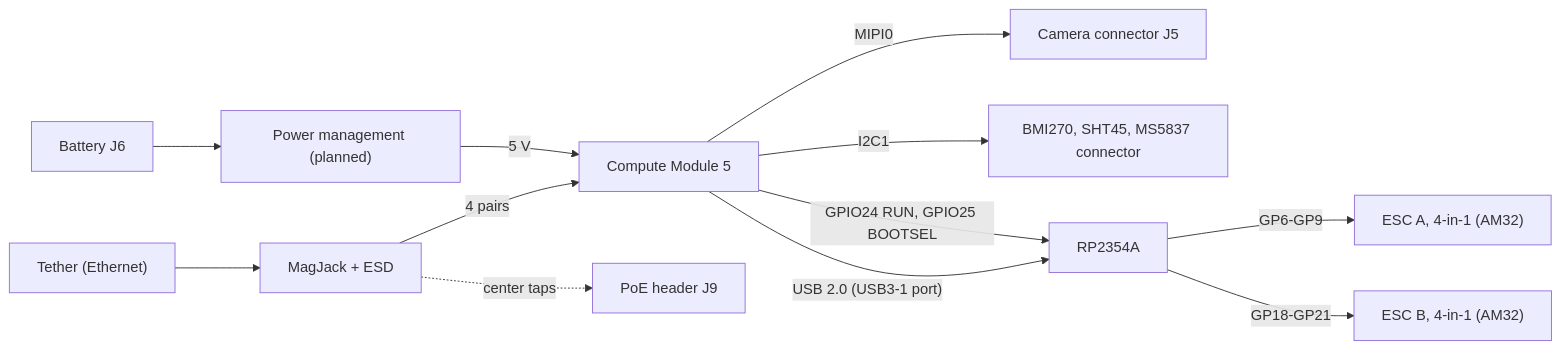
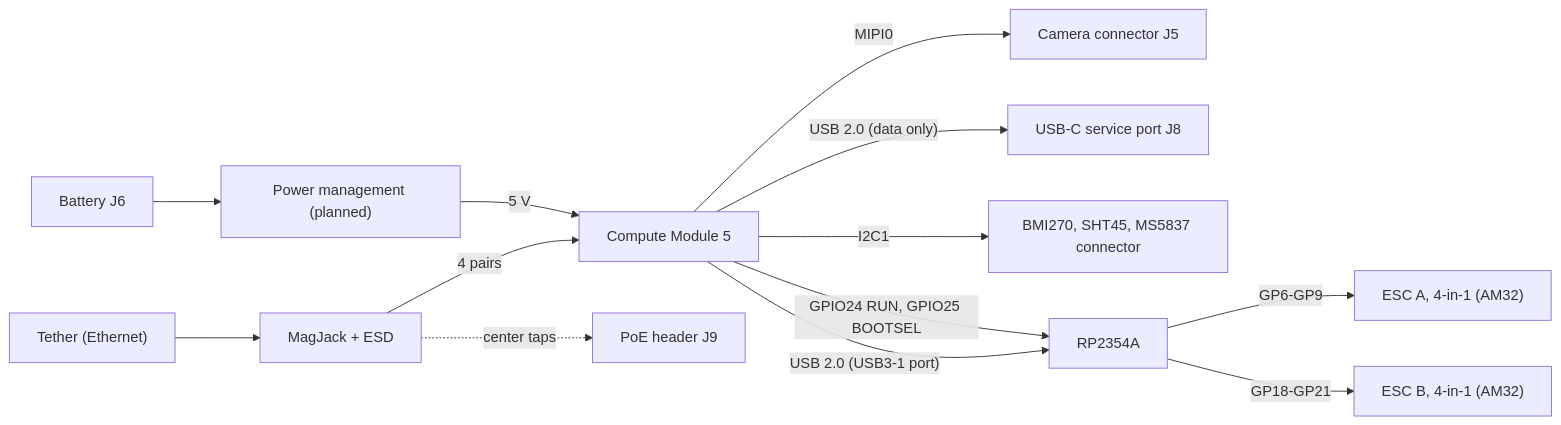
Before and after one commit to Tropaion/Manafish_Mainboard: the diagram in README.md, drawn with Mermaid. The commit also changed other lines of this file and 1 other file, not shown here.

````diff
--- a/README.md
+++ b/README.md
@@ -21,14 +21,15 @@
 ```mermaid
 flowchart LR
   tether["Tether (Ethernet)"] --> magjack["MagJack + ESD"]
   magjack -->|4 pairs| cm5["Compute Module 5"]
   magjack -.->|center taps| poe["PoE header J9"]
   cm5 -->|MIPI0| cam["Camera connector J5"]
+  cm5 -->|"USB 2.0 (data only)"| service["USB-C service port J8"]
   cm5 -->|I2C1| sensors["BMI270, SHT45, MS5837 connector"]
   cm5 -->|"USB 2.0 (USB3-1 port)"| mcu["RP2354A"]
   cm5 -->|"GPIO24 RUN, GPIO25 BOOTSEL"| mcu
   mcu -->|GP6-GP9| escA["ESC A, 4-in-1 (AM32)"]
   mcu -->|GP18-GP21| escB["ESC B, 4-in-1 (AM32)"]
   bat["Battery J6"] --> pm["Power management (planned)"]
   pm -->|5 V| cm5
 ```
````
